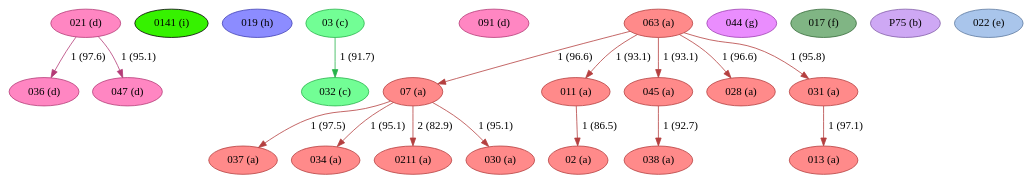
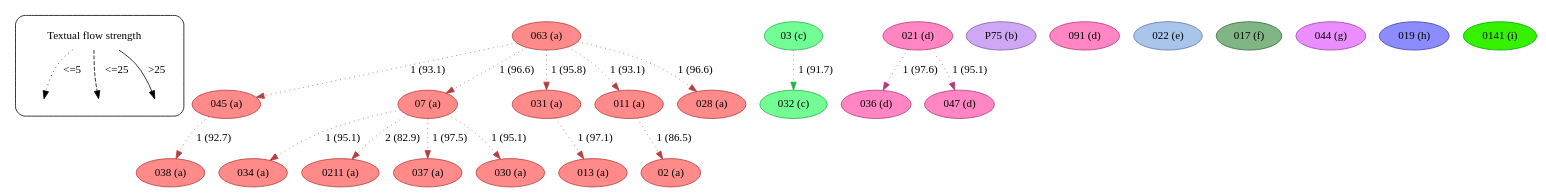
One commit to edmondac/CBGM changed the diagram in example/c2/textual_flow_23_4-10_c2.dot. Above: the diagram before and after it, drawn with Graphviz. The commit also changed 167 other files, not shown here.

```diff
--- a/example/c2/textual_flow_23_4-10_c2.dot
+++ b/example/c2/textual_flow_23_4-10_c2.dot
@@ -1,42 +1,171 @@
-strict digraph G {
-"036 (d)" [fillcolor="#FF86C2", color="#b43b77", style=filled];
-"0141 (i)" [fillcolor="#36F200", color="#0a70", style=filled];
-"019 (h)" [fillcolor="#8C8CFF", color="#4141b4", style=filled];
-"032 (c)" [fillcolor="#72FE95", color="#27b34a", style=filled];
-"091 (d)" [fillcolor="#FF86C2", color="#b43b77", style=filled];
-"013 (a)" [fillcolor="#FF8A8A", color="#b43f3f", style=filled];
-"037 (a)" [fillcolor="#FF8A8A", color="#b43f3f", style=filled];
-"02 (a)" [fillcolor="#FF8A8A", color="#b43f3f", style=filled];
-"07 (a)" [fillcolor="#FF8A8A", color="#b43f3f", style=filled];
-"044 (g)" [fillcolor="#EA8DFE", color="#9f42b3", style=filled];
-"017 (f)" [fillcolor="#80B584", color="#356a39", style=filled];
-"034 (a)" [fillcolor="#FF8A8A", color="#b43f3f", style=filled];
-"0211 (a)" [fillcolor="#FF8A8A", color="#b43f3f", style=filled];
-"021 (d)" [fillcolor="#FF86C2", color="#b43b77", style=filled];
-"011 (a)" [fillcolor="#FF8A8A", color="#b43f3f", style=filled];
-"038 (a)" [fillcolor="#FF8A8A", color="#b43f3f", style=filled];
-"063 (a)" [fillcolor="#FF8A8A", color="#b43f3f", style=filled];
-"030 (a)" [fillcolor="#FF8A8A", color="#b43f3f", style=filled];
-"047 (d)" [fillcolor="#FF86C2", color="#b43b77", style=filled];
-"P75 (b)" [fillcolor="#CEA8F4", color="#835da9", style=filled];
-"045 (a)" [fillcolor="#FF8A8A", color="#b43f3f", style=filled];
-"028 (a)" [fillcolor="#FF8A8A", color="#b43f3f", style=filled];
-"022 (e)" [fillcolor="#A9C5EB", color="#5e7aa0", style=filled];
-"03 (c)" [fillcolor="#72FE95", color="#27b34a", style=filled];
-"031 (a)" [fillcolor="#FF8A8A", color="#b43f3f", style=filled];
-"07 (a)" -> "030 (a)"  [color="#b43f3f", label="1 (95.1)"];
-"07 (a)" -> "034 (a)"  [color="#b43f3f", label="1 (95.1)"];
-"07 (a)" -> "0211 (a)"  [color="#b43f3f", label="2 (82.9)"];
-"07 (a)" -> "037 (a)"  [color="#b43f3f", label="1 (97.5)"];
-"021 (d)" -> "036 (d)"  [color="#b43b77", label="1 (97.6)"];
-"021 (d)" -> "047 (d)"  [color="#b43b77", label="1 (95.1)"];
-"011 (a)" -> "02 (a)"  [color="#b43f3f", label="1 (86.5)"];
-"063 (a)" -> "045 (a)"  [color="#b43f3f", label="1 (93.1)"];
-"063 (a)" -> "028 (a)"  [color="#b43f3f", label="1 (96.6)"];
-"063 (a)" -> "011 (a)"  [color="#b43f3f", label="1 (93.1)"];
-"063 (a)" -> "07 (a)"  [color="#b43f3f", label="1 (96.6)"];
-"063 (a)" -> "031 (a)"  [color="#b43f3f", label="1 (95.8)"];
-"045 (a)" -> "038 (a)"  [color="#b43f3f", label="1 (92.7)"];
-"03 (c)" -> "032 (c)"  [color="#27b34a", label="1 (91.7)"];
-"031 (a)" -> "013 (a)"  [color="#b43f3f", label="1 (97.1)"];
+strict digraph  {
+	node [label="\N"];
+	subgraph cluster_legend {
+		graph [style=rounded];
+		leg_s		 [label="Textual flow strength",
+			shape=plaintext];
+		leg_e1		 [fixedsize=True,
+			height=0.2,
+			label="",
+			style=invis];
+		leg_s -> leg_e1		 [label="<=5  ",
+			style=dotted];
+		leg_e2		 [fixedsize=True,
+			height=0.2,
+			label="",
+			style=invis];
+		leg_s -> leg_e2		 [label="  <=25",
+			style=dashed];
+		leg_e3		 [fixedsize=True,
+			height=0.2,
+			label="",
+			style=invis];
+		leg_s -> leg_e3		 [label=">25",
+			style=solid];
+	}
+	063	 [color="#b43f3f",
+		fillcolor="#FF8A8A",
+		label="063 (a)",
+		style=filled];
+	045	 [color="#b43f3f",
+		fillcolor="#FF8A8A",
+		label="045 (a)",
+		style=filled];
+	063 -> 045	 [color="#b43f3f",
+		label="1 (93.1)",
+		style=dotted];
+	07	 [color="#b43f3f",
+		fillcolor="#FF8A8A",
+		label="07 (a)",
+		style=filled];
+	063 -> 07	 [color="#b43f3f",
+		label="1 (96.6)",
+		style=dotted];
+	031	 [color="#b43f3f",
+		fillcolor="#FF8A8A",
+		label="031 (a)",
+		style=filled];
+	063 -> 031	 [color="#b43f3f",
+		label="1 (95.8)",
+		style=dotted];
+	011	 [color="#b43f3f",
+		fillcolor="#FF8A8A",
+		label="011 (a)",
+		style=filled];
+	063 -> 011	 [color="#b43f3f",
+		label="1 (93.1)",
+		style=dotted];
+	028	 [color="#b43f3f",
+		fillcolor="#FF8A8A",
+		label="028 (a)",
+		style=filled];
+	063 -> 028	 [color="#b43f3f",
+		label="1 (96.6)",
+		style=dotted];
+	038	 [color="#b43f3f",
+		fillcolor="#FF8A8A",
+		label="038 (a)",
+		style=filled];
+	045 -> 038	 [color="#b43f3f",
+		label="1 (92.7)",
+		style=dotted];
+	034	 [color="#b43f3f",
+		fillcolor="#FF8A8A",
+		label="034 (a)",
+		style=filled];
+	07 -> 034	 [color="#b43f3f",
+		label="1 (95.1)",
+		style=dotted];
+	0211	 [color="#b43f3f",
+		fillcolor="#FF8A8A",
+		label="0211 (a)",
+		style=filled];
+	07 -> 0211	 [color="#b43f3f",
+		label="2 (82.9)",
+		style=dotted];
+	037	 [color="#b43f3f",
+		fillcolor="#FF8A8A",
+		label="037 (a)",
+		style=filled];
+	07 -> 037	 [color="#b43f3f",
+		label="1 (97.5)",
+		style=dotted];
+	030	 [color="#b43f3f",
+		fillcolor="#FF8A8A",
+		label="030 (a)",
+		style=filled];
+	07 -> 030	 [color="#b43f3f",
+		label="1 (95.1)",
+		style=dotted];
+	013	 [color="#b43f3f",
+		fillcolor="#FF8A8A",
+		label="013 (a)",
+		style=filled];
+	031 -> 013	 [color="#b43f3f",
+		label="1 (97.1)",
+		style=dotted];
+	02	 [color="#b43f3f",
+		fillcolor="#FF8A8A",
+		label="02 (a)",
+		style=filled];
+	011 -> 02	 [color="#b43f3f",
+		label="1 (86.5)",
+		style=dotted];
+	03	 [color="#27b34a",
+		fillcolor="#72FE95",
+		label="03 (c)",
+		style=filled];
+	032	 [color="#27b34a",
+		fillcolor="#72FE95",
+		label="032 (c)",
+		style=filled];
+	03 -> 032	 [color="#27b34a",
+		label="1 (91.7)",
+		style=dotted];
+	021	 [color="#b43b77",
+		fillcolor="#FF86C2",
+		label="021 (d)",
+		style=filled];
+	036	 [color="#b43b77",
+		fillcolor="#FF86C2",
+		label="036 (d)",
+		style=filled];
+	021 -> 036	 [color="#b43b77",
+		label="1 (97.6)",
+		style=dotted];
+	047	 [color="#b43b77",
+		fillcolor="#FF86C2",
+		label="047 (d)",
+		style=filled];
+	021 -> 047	 [color="#b43b77",
+		label="1 (95.1)",
+		style=dotted];
+	P75	 [color="#835da9",
+		fillcolor="#CEA8F4",
+		label="P75 (b)",
+		style=filled];
+	091	 [color="#b43b77",
+		fillcolor="#FF86C2",
+		label="091 (d)",
+		style=filled];
+	022	 [color="#5e7aa0",
+		fillcolor="#A9C5EB",
+		label="022 (e)",
+		style=filled];
+	017	 [color="#356a39",
+		fillcolor="#80B584",
+		label="017 (f)",
+		style=filled];
+	044	 [color="#9f42b3",
+		fillcolor="#EA8DFE",
+		label="044 (g)",
+		style=filled];
+	019	 [color="#4141b4",
+		fillcolor="#8C8CFF",
+		label="019 (h)",
+		style=filled];
+	0141	 [color="#00a700",
+		fillcolor="#36F200",
+		label="0141 (i)",
+		style=filled];
 }
```
